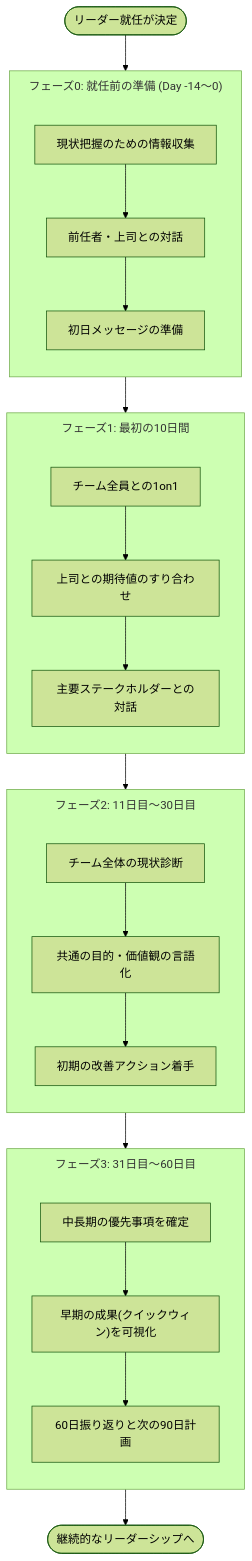
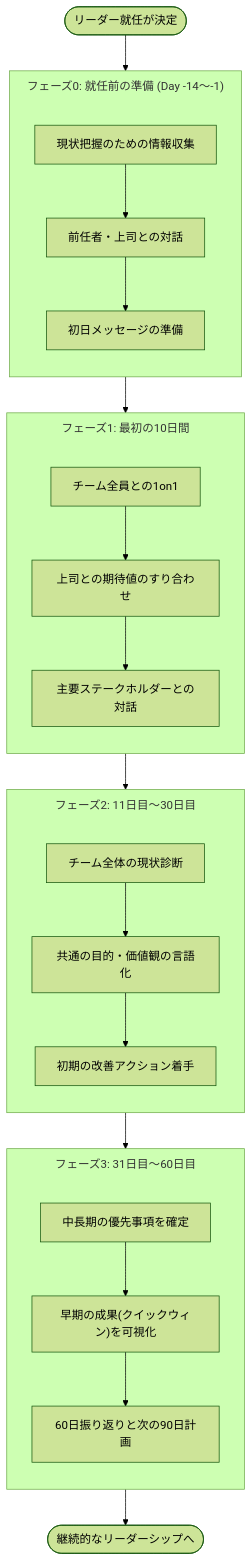
The first of 4 diagrams in Your-first-60-days-as-a-leader.md (myoshi2891/Management-Team-Building-Studies), drawn with Mermaid (forest theme) before and after one commit. The commit also changed other lines of this file, not shown here.

Commit message:
docs(leadership): clarify Day 0 definition and phase 0 date range in 60 days guide

````diff
--- a/Your-first-60-days-as-a-leader.md
+++ b/Your-first-60-days-as-a-leader.md
@@ -45,45 +47,45 @@
 ```mermaid
 %%{init: {'flowchart': {'subGraphTitleMargin': {'top': 10, 'bottom': 28}}} }%%
 flowchart TB
     Start(["リーダー就任が決定"]) --> Phase0
 
-    subgraph Phase0["フェーズ0: 就任前の準備 (Day -14〜0)"]
+    subgraph Phase0["フェーズ0: 就任前の準備 (Day -14〜-1)"]
         direction TB
         P0A["現状把握のための情報収集"]
         P0B["前任者・上司との対話"]
         P0C["初日メッセージの準備"]
         P0A --> P0B --> P0C
     end
 
     Phase0 --> Phase1
 
     subgraph Phase1["フェーズ1: 最初の10日間"]
         direction TB
         P1A["チーム全員との1on1"]
         P1B["上司との期待値のすり合わせ"]
         P1C["主要ステークホルダーとの対話"]
         P1A --> P1B --> P1C
     end
 
     Phase1 --> Phase2
 
     subgraph Phase2["フェーズ2: 11日目〜30日目"]
         direction TB
         P2A["チーム全体の現状診断"]
         P2B["共通の目的・価値観の言語化"]
         P2C["初期の改善アクション着手"]
         P2A --> P2B --> P2C
     end
 
     Phase2 --> Phase3
 
     subgraph Phase3["フェーズ3: 31日目〜60日目"]
         direction TB
         P3A["中長期の優先事項を確定"]
         P3B["早期の成果(クイックウィン)を可視化"]
         P3C["60日振り返りと次の90日計画"]
         P3A --> P3B --> P3C
     end
 
     Phase3 --> End(["継続的なリーダーシップへ"])
 ```
````
